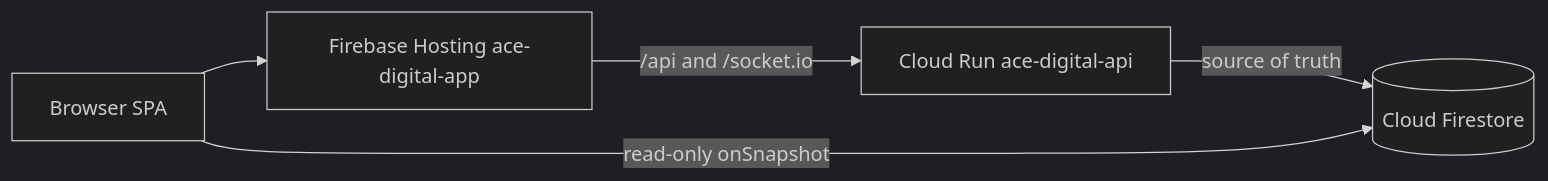
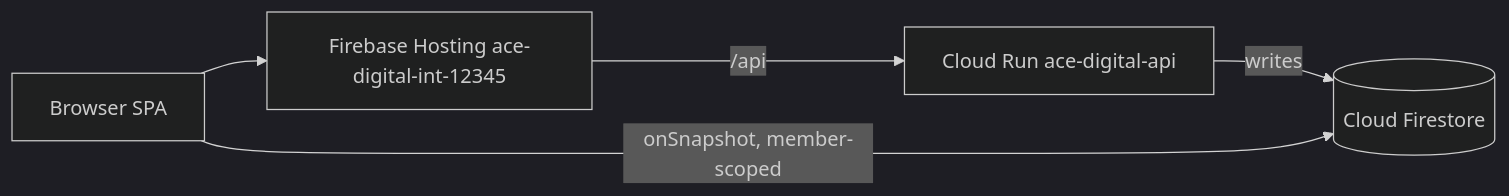
One commit to Ace-Groups/Ace-Digital changed the diagram in docs/PRODUCTION.md. Above: the diagram before and after it, drawn with Mermaid (dark theme). The commit also changed other lines of this file and 57 other files, not shown here.

First line of the commit message:
Point production at ace-digital-int-12345 and drop Socket.IO.

````diff
--- a/docs/PRODUCTION.md
+++ b/docs/PRODUCTION.md
@@ -20,12 +20,12 @@
 ```mermaid
 flowchart LR
   Browser[Browser SPA]
-  Hosting[Firebase Hosting ace-digital-app]
+  Hosting[Firebase Hosting ace-digital-int-12345]
   Run[Cloud Run ace-digital-api]
   Firestore[(Cloud Firestore)]
 
   Browser --> Hosting
-  Hosting -->|/api and /socket.io| Run
-  Run -->|source of truth| Firestore
-  Browser -->|read-only onSnapshot| Firestore
+  Hosting -->|/api| Run
+  Run -->|writes| Firestore
+  Browser -->|onSnapshot, member-scoped| Firestore
 ```
````
